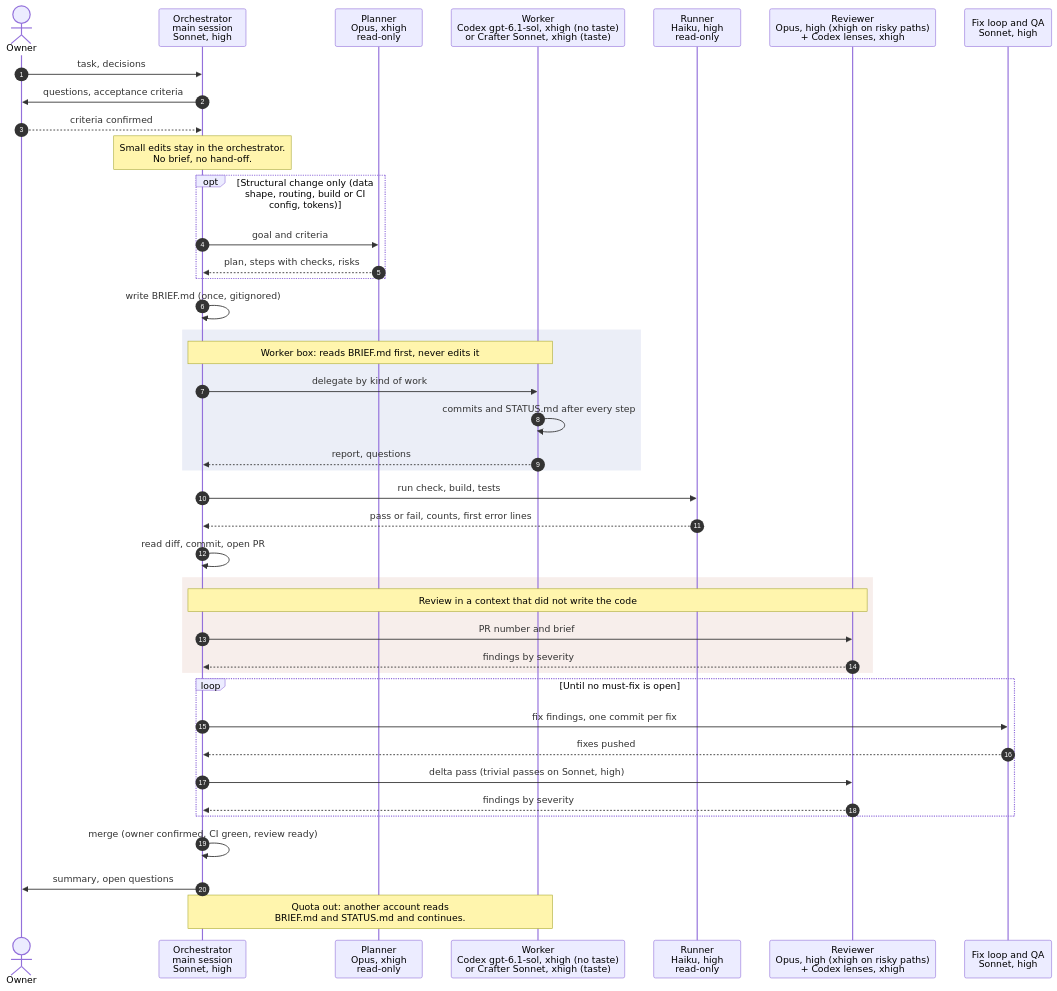
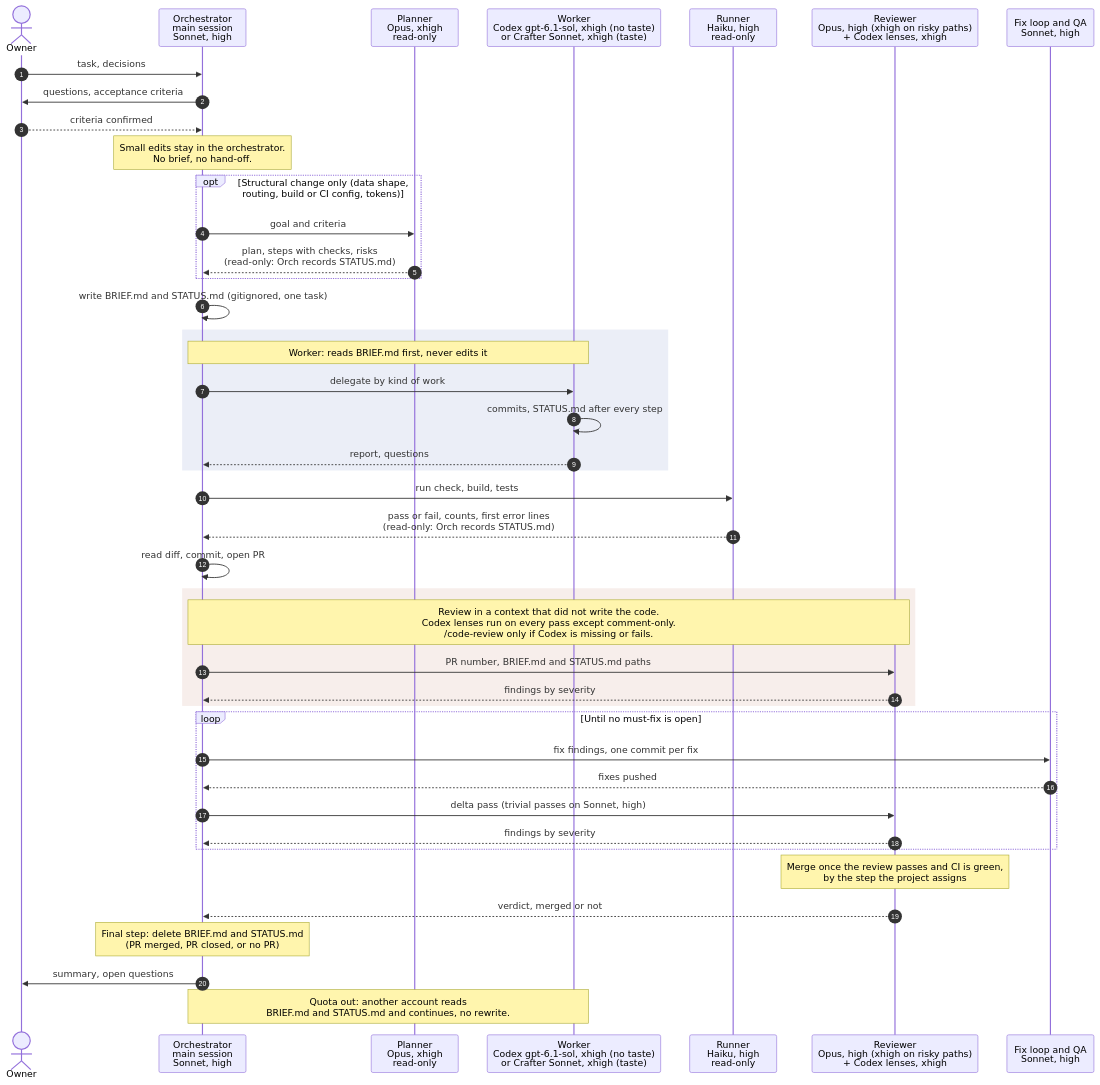
One commit to ViacheslavDanilov/agent-routing changed the diagram in diagram/routing.mmd. Above: the diagram before and after it, drawn with Mermaid. The commit also changed 11 other files, not shown here.

```diff
--- a/diagram/routing.mmd
+++ b/diagram/routing.mmd
@@ -1,52 +1,54 @@
 sequenceDiagram
     autonumber
     actor Owner
     participant Orch as Orchestrator<br/>main session<br/>Sonnet, high
     participant Plan as Planner<br/>Opus, xhigh<br/>read-only
     participant Work as Worker<br/>Codex gpt-6.1-sol, xhigh (no taste)<br/>or Crafter Sonnet, xhigh (taste)
     participant Run as Runner<br/>Haiku, high<br/>read-only
     participant Rev as Reviewer<br/>Opus, high (xhigh on risky paths)<br/>+ Codex lenses, xhigh
     participant Fix as Fix loop and QA<br/>Sonnet, high
 
     Owner->>Orch: task, decisions
     Orch->>Owner: questions, acceptance criteria
     Owner-->>Orch: criteria confirmed
 
     Note over Orch: Small edits stay in the orchestrator.<br/>No brief, no hand-off.
 
     opt Structural change only (data shape, routing, build or CI config, tokens)
         Orch->>Plan: goal and criteria
-        Plan-->>Orch: plan, steps with checks, risks
+        Plan-->>Orch: plan, steps with checks, risks<br/>(read-only: Orch records STATUS.md)
     end
 
-    Orch->>Orch: write BRIEF.md (once, gitignored)
+    Orch->>Orch: write BRIEF.md and STATUS.md (gitignored, one task)
 
     rect rgba(120, 140, 200, 0.15)
-        Note over Orch,Work: Worker box: reads BRIEF.md first, never edits it
+        Note over Orch,Work: Worker: reads BRIEF.md first, never edits it
         Orch->>Work: delegate by kind of work
-        Work->>Work: commits and STATUS.md after every step
+        Work->>Work: commits, STATUS.md after every step
         Work-->>Orch: report, questions
     end
 
     Orch->>Run: run check, build, tests
-    Run-->>Orch: pass or fail, counts, first error lines
+    Run-->>Orch: pass or fail, counts, first error lines<br/>(read-only: Orch records STATUS.md)
 
     Orch->>Orch: read diff, commit, open PR
 
     rect rgba(200, 140, 120, 0.15)
-        Note over Orch,Rev: Review in a context that did not write the code
-        Orch->>Rev: PR number and brief
+        Note over Orch,Rev: Review in a context that did not write the code.<br/>Codex lenses run on every pass except comment-only.<br/>/code-review only if Codex is missing or fails.
+        Orch->>Rev: PR number, BRIEF.md and STATUS.md paths
         Rev-->>Orch: findings by severity
     end
 
     loop Until no must-fix is open
         Orch->>Fix: fix findings, one commit per fix
         Fix-->>Orch: fixes pushed
         Orch->>Rev: delta pass (trivial passes on Sonnet, high)
         Rev-->>Orch: findings by severity
     end
 
-    Orch->>Orch: merge (owner confirmed, CI green, review ready)
+    Note over Rev: Merge once the review passes and CI is green,<br/>by the step the project assigns
+    Rev-->>Orch: verdict, merged or not
+    Note over Orch: Final step: delete BRIEF.md and STATUS.md<br/>(PR merged, PR closed, or no PR)
     Orch->>Owner: summary, open questions
 
-    Note over Orch,Work: Quota out: another account reads<br/>BRIEF.md and STATUS.md and continues.
+    Note over Orch,Work: Quota out: another account reads<br/>BRIEF.md and STATUS.md and continues, no rewrite.
```
